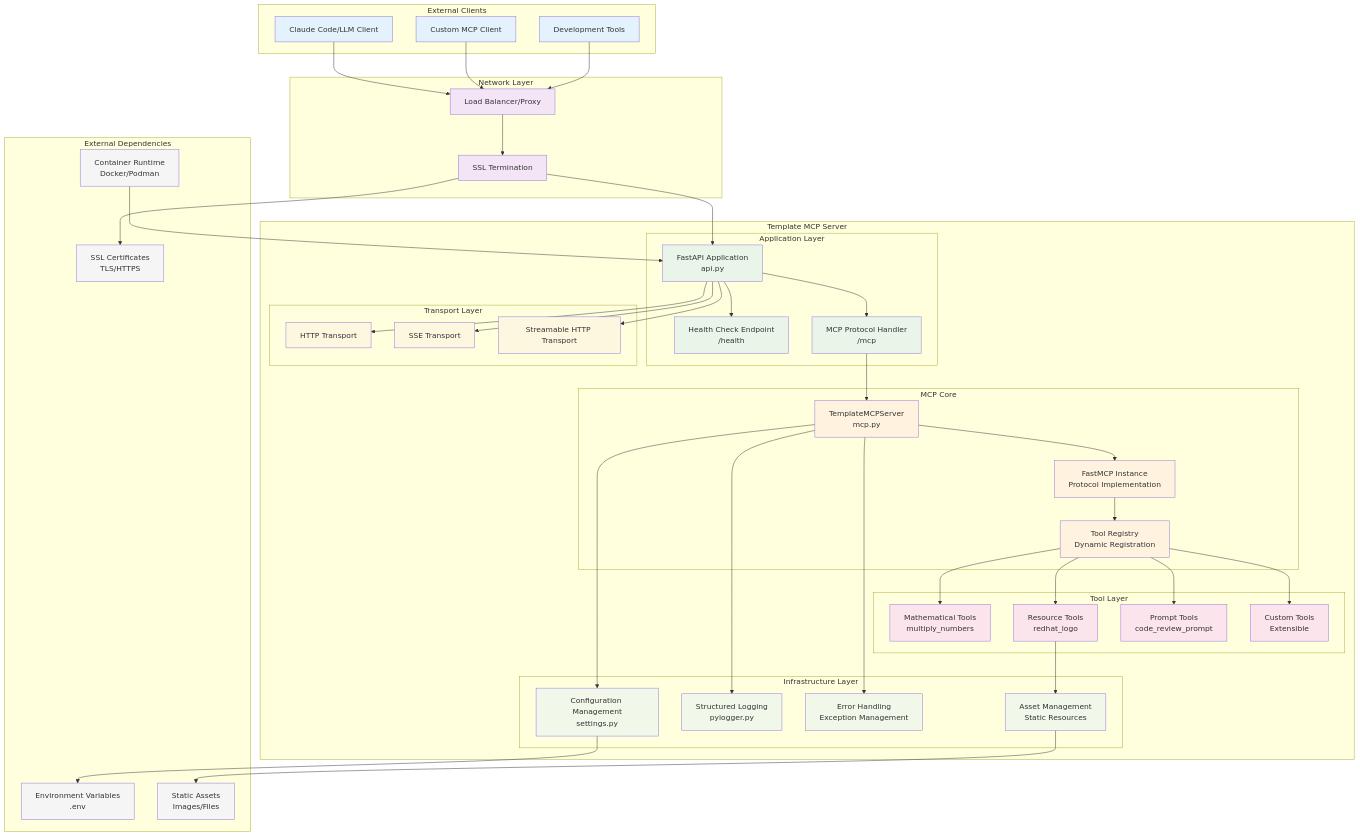
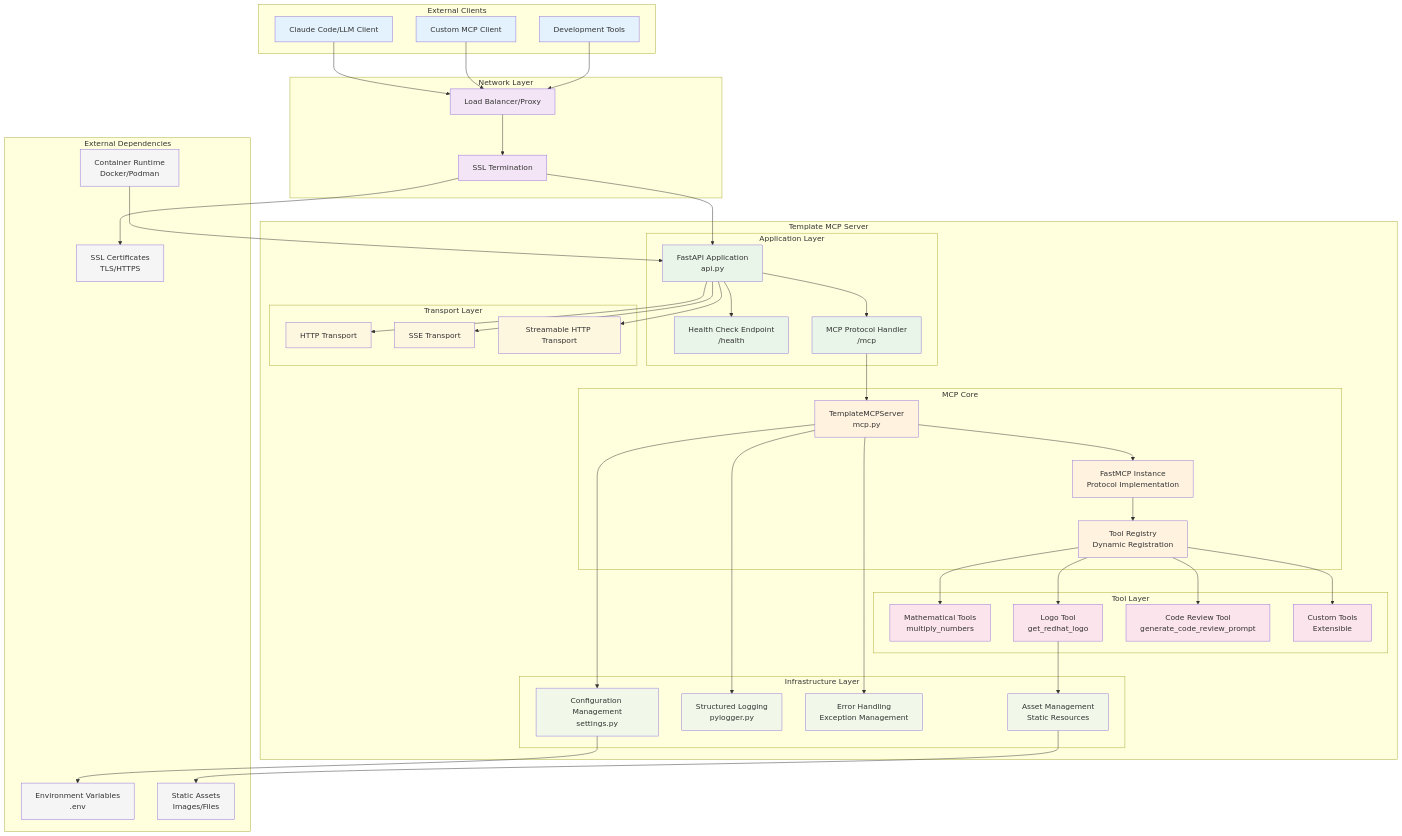
Before and after one commit to redhat-data-and-ai/template-mcp-server: the first of 2 diagrams in docs/architecture.md, drawn with Mermaid. The commit also changed other lines of this file and 2 other files, not shown here.

First line of the commit message:
fix: correct tool names in docs and fix broken examples

```diff
--- a/docs/architecture.md
+++ b/docs/architecture.md
@@ -30,8 +30,8 @@
 
         subgraph "Tool Layer"
             L[Mathematical Tools<br/>multiply_numbers]
-            M[Resource Tools<br/>redhat_logo]
-            N[Prompt Tools<br/>code_review_prompt]
+            M[Logo Tool<br/>get_redhat_logo]
+            N[Code Review Tool<br/>generate_code_review_prompt]
             O[Custom Tools<br/>Extensible]
         end
 
```
